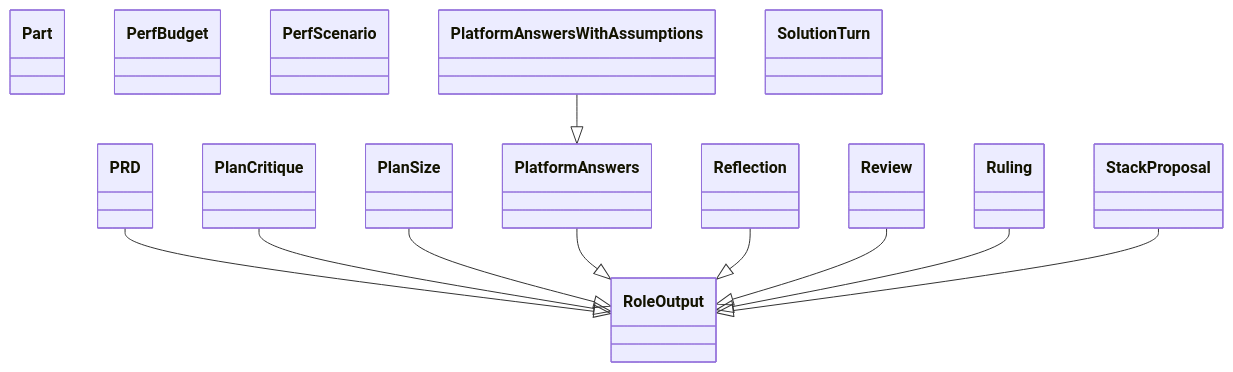
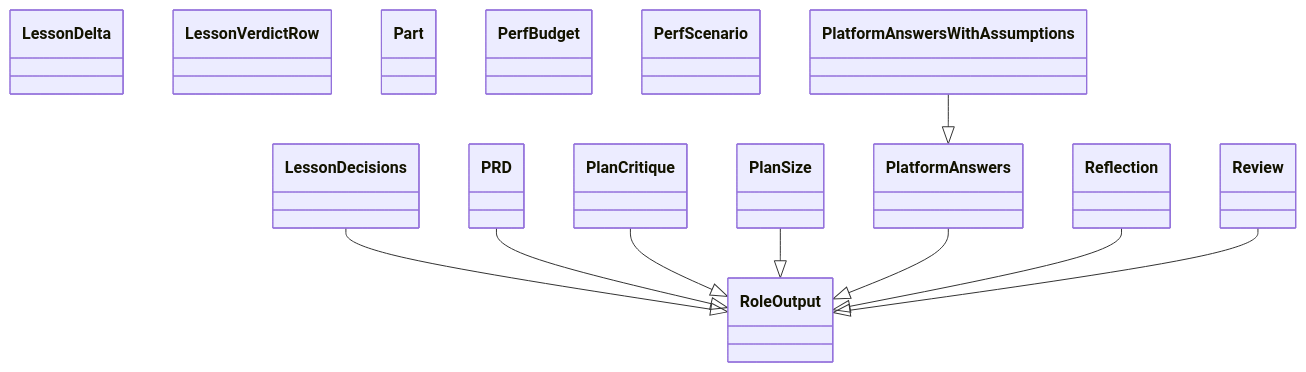
One commit to GonzaloZevallos/agentic-system changed the diagram in docs/architecture/generated/classes-process-domain-roles-4.md. Above: the diagram before and after it, drawn with Mermaid. The commit also changed other lines of this file and 22 other files, not shown here.

Commit message:
Place the lesson decision module in the docs clusters and regenerate the architecture pages

````diff
--- a/docs/architecture/generated/classes-process-domain-roles-4.md
+++ b/docs/architecture/generated/classes-process-domain-roles-4.md
@@ -31,26 +31,25 @@
 ```mermaid
 classDiagram
+    class schemas__LessonDecisions["LessonDecisions"]
+    class schemas__LessonDelta["LessonDelta"]
+    class schemas__LessonVerdictRow["LessonVerdictRow"]
     class schemas__PRD["PRD"]
     class schemas__Part["Part"]
     class schemas__PerfBudget["PerfBudget"]
     class schemas__PerfScenario["PerfScenario"]
     class schemas__PlanCritique["PlanCritique"]
     class schemas__PlanSize["PlanSize"]
     class schemas__PlatformAnswers["PlatformAnswers"]
     class schemas__PlatformAnswersWithAssumptions["PlatformAnswersWithAssumptions"]
     class schemas__Reflection["Reflection"]
     class schemas__Review["Review"]
     class schemas__RoleOutput["RoleOutput"]
-    class schemas__Ruling["Ruling"]
-    class schemas__SolutionTurn["SolutionTurn"]
-    class schemas__StackProposal["StackProposal"]
+    schemas__LessonDecisions --|> schemas__RoleOutput
     schemas__PRD --|> schemas__RoleOutput
     schemas__PlanCritique --|> schemas__RoleOutput
     schemas__PlanSize --|> schemas__RoleOutput
     schemas__PlatformAnswers --|> schemas__RoleOutput
     schemas__PlatformAnswersWithAssumptions --|> schemas__PlatformAnswers
     schemas__Reflection --|> schemas__RoleOutput
     schemas__Review --|> schemas__RoleOutput
-    schemas__Ruling --|> schemas__RoleOutput
-    schemas__StackProposal --|> schemas__RoleOutput
 ```
````
